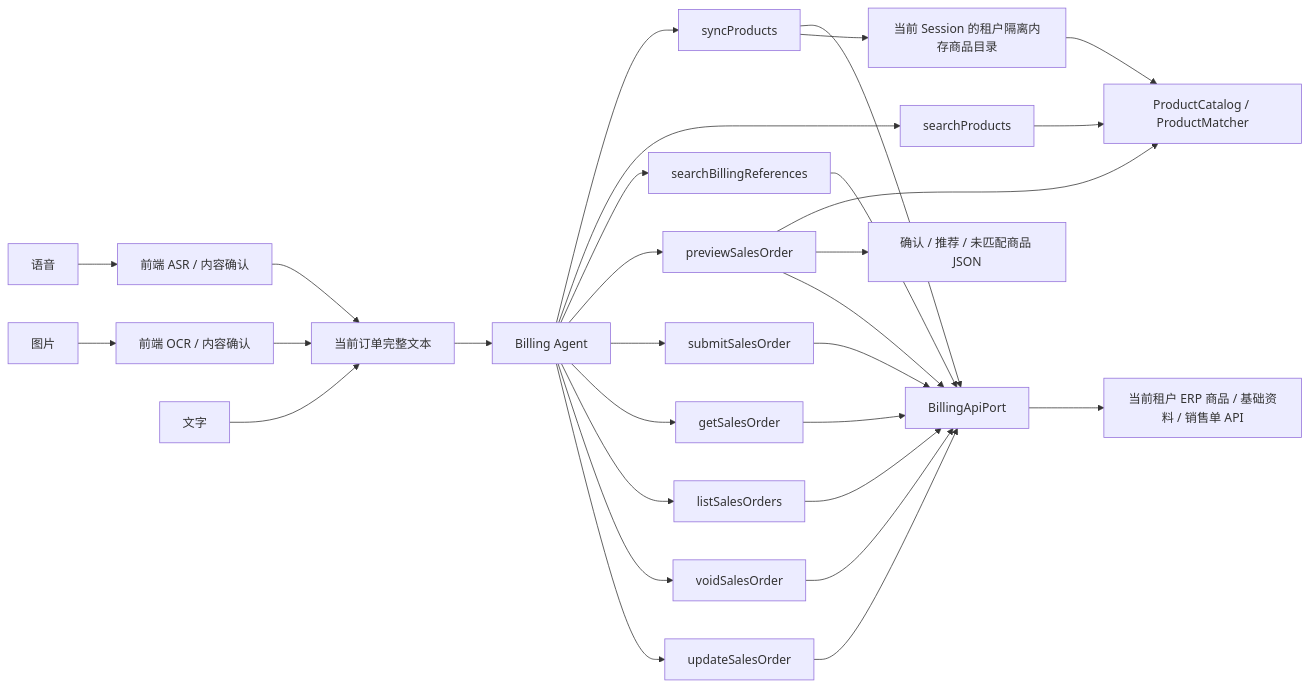
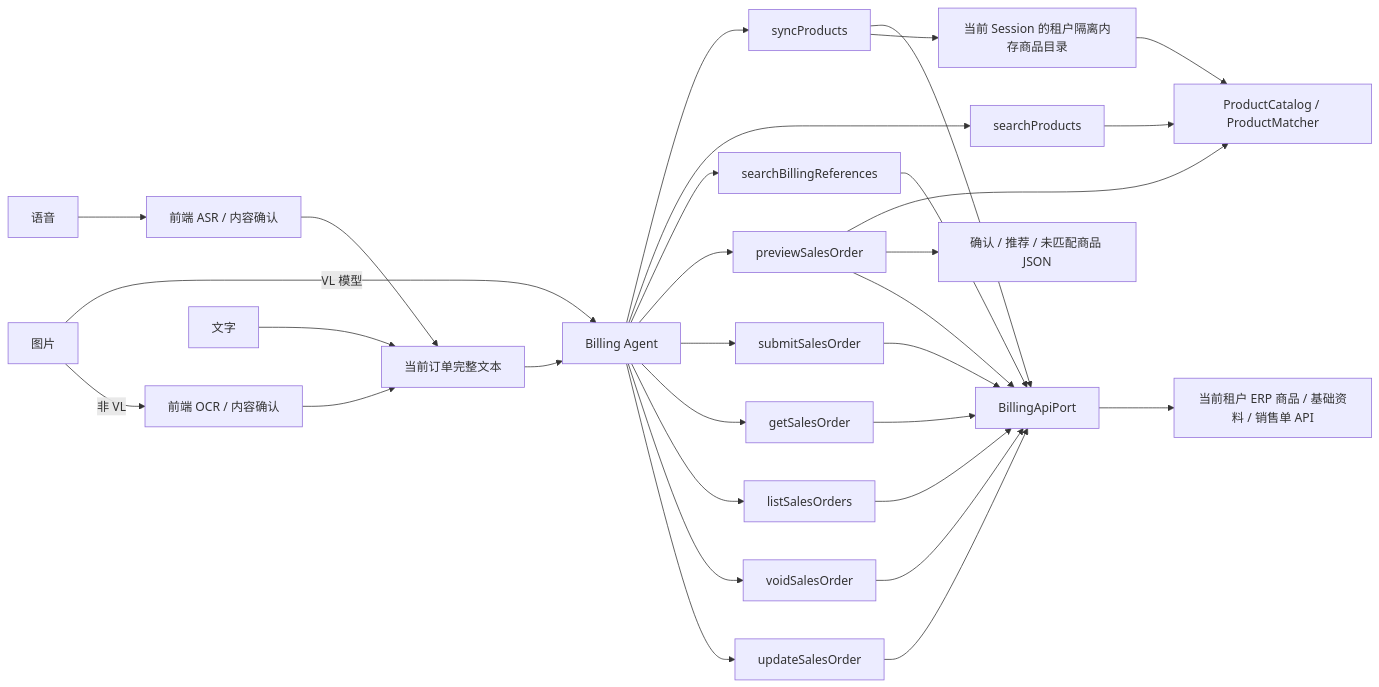
Before and after one commit to 757607106/gjp-cyb-mcp: the diagram in docs/architecture/ai-billing-tools-api-matching.md, drawn with Mermaid. The commit also changed other lines of this file and 10 other files, not shown here.

First line of the commit message:
隐藏列表系统字段并合并多模态图片识别提示词

````diff
--- a/docs/architecture/ai-billing-tools-api-matching.md
+++ b/docs/architecture/ai-billing-tools-api-matching.md
@@ -12,34 +12,35 @@
 ```mermaid
 flowchart LR
     Voice["语音"] --> ASR["前端 ASR / 内容确认"]
-    Image["图片"] --> OCR["前端 OCR / 内容确认"]
+    Image["图片"] -->|VL 模型| Agent["Billing Agent"]
+    Image -->|非 VL| OCR["前端 OCR / 内容确认"]
     Text["文字"] --> FullText["当前订单完整文本"]
     ASR --> FullText
     OCR --> FullText
-    FullText --> Agent["Billing Agent"]
+    FullText --> Agent
 
     Agent --> Sync["syncProducts"]
     Agent --> Search["searchProducts"]
     Agent --> Options["searchBillingReferences"]
     Agent --> Draft["previewSalesOrder"]
     Agent --> Submit["submitSalesOrder"]
     Agent --> Detail["getSalesOrder"]
     Agent --> ListOrders["listSalesOrders"]
     Agent --> Void["voidSalesOrder"]
     Agent --> Modify["updateSalesOrder"]
 
     Sync --> Port["BillingApiPort"]
     Sync --> Catalog["当前 Session 的租户隔离内存商品目录"]
     Search --> Matcher["ProductCatalog / ProductMatcher"]
     Draft --> Matcher
     Catalog --> Matcher
     Draft --> Json["确认 / 推荐 / 未匹配商品 JSON"]
     Options --> Port
     Draft --> Port
     Submit --> Port
     Detail --> Port
     ListOrders --> Port
     Void --> Port
     Modify --> Port
     Port --> ERP["当前租户 ERP 商品 / 基础资料 / 销售单 API"]
 ```
````
